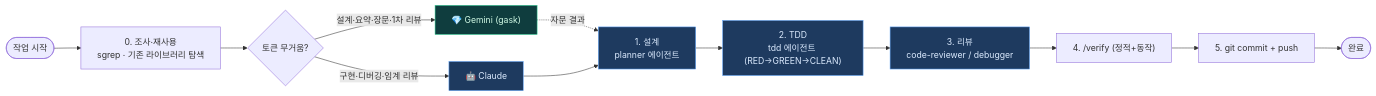
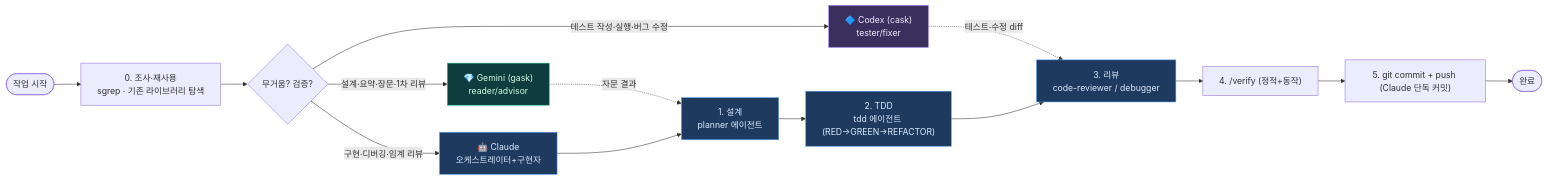
The fifth of 5 diagrams in docs/ARCHITECTURE.md (jomarusoup/Arachne), drawn with Mermaid before and after one commit. The commit also changed other lines of this file and 5 other files, not shown here.

First line of the commit message:
docs: 약어 풀이(GLOSSARY) + ARCHITECTURE 협업 다이어그램 + 3-레인 역할 명확화

````diff
--- a/docs/ARCHITECTURE.md
+++ b/docs/ARCHITECTURE.md
@@ -168,21 +230,25 @@
 ```mermaid
 flowchart LR
     START([작업 시작]) --> INV["0. 조사·재사용<br/>sgrep · 기존 라이브러리 탐색"]
-    INV --> ROUTE{토큰 무거움?}
+    INV --> ROUTE{무거움? 검증?}
 
-    ROUTE -->|"설계·요약·장문·1차 리뷰"| GEMINI["💎 Gemini (gask)"]
-    ROUTE -->|"구현·디버깅·임계 리뷰"| CLAUDE["🤖 Claude"]
+    ROUTE -->|"설계·요약·장문·1차 리뷰"| GEMINI["💎 Gemini (gask)<br/>reader/advisor"]
+    ROUTE -->|"구현·디버깅·임계 리뷰"| CLAUDE["🤖 Claude<br/>오케스트레이터+구현자"]
+    ROUTE -->|"테스트 작성·실행·버그 수정"| CODEX["🔷 Codex (cask)<br/>tester/fixer"]
 
     GEMINI -.->|자문 결과| PLAN
+    CODEX -.->|테스트·수정 diff| REVIEW
     CLAUDE --> PLAN["1. 설계<br/>planner 에이전트"]
-    PLAN --> TDD["2. TDD<br/>tdd 에이전트 (RED→GREEN→CLEAN)"]
+    PLAN --> TDD["2. TDD<br/>tdd 에이전트 (RED→GREEN→REFACTOR)"]
     TDD --> REVIEW["3. 리뷰<br/>code-reviewer / debugger"]
     REVIEW --> VERIFY["4. /verify (정적+동작)"]
-    VERIFY --> COMMIT["5. git commit + push"]
+    VERIFY --> COMMIT["5. git commit + push (Claude 단독 커밋)"]
     COMMIT --> END([완료])
 
     classDef gem fill:#0f3d3e,stroke:#34d399,color:#d1fae5;
     classDef cla fill:#1e3a5f,stroke:#60a5fa,color:#dbeafe;
+    classDef cdx fill:#3b2f5e,stroke:#a78bfa,color:#ede9fe;
     class GEMINI gem;
     class CLAUDE,PLAN,TDD,REVIEW cla;
+    class CODEX cdx;
 ```
````
